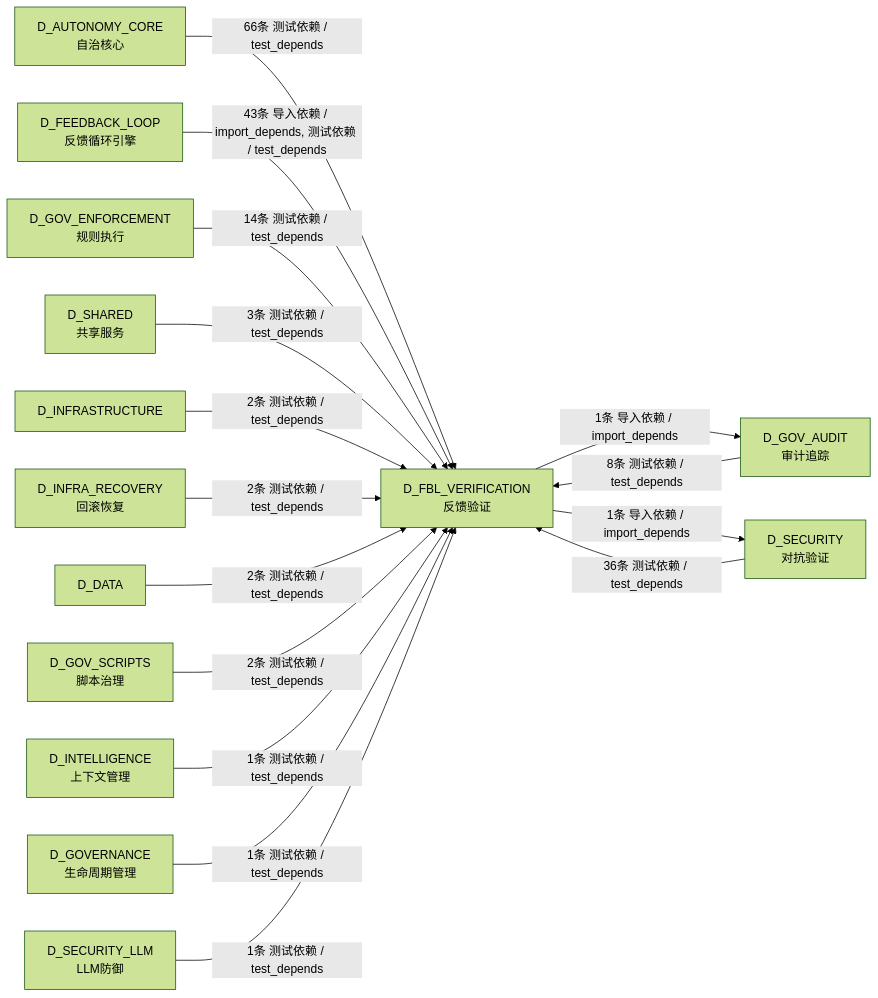
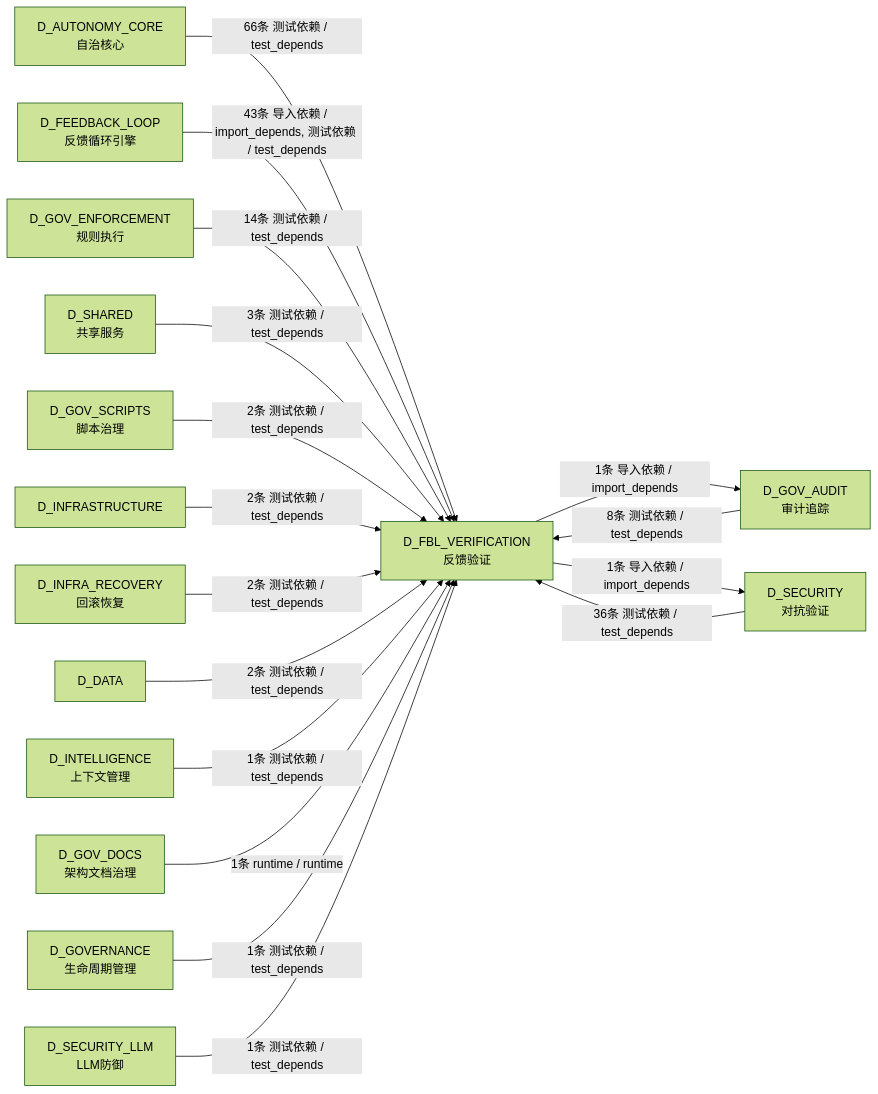
Before and after one commit to xuanFelixVan/ZephyrAlpha: the sixth of 6 diagrams in docs/02_enterprise_architecture/02_domain_architecture_docs/13_d_fbl_verification.md, drawn with Mermaid (forest theme). The commit also changed other lines of this file and 126 other files, not shown here.

````diff
--- a/docs/02_enterprise_architecture/02_domain_architecture_docs/13_d_fbl_verification.md
+++ b/docs/02_enterprise_architecture/02_domain_architecture_docs/13_d_fbl_verification.md
@@ -665,32 +669,34 @@
 ```mermaid
 graph LR
     D_FBL_VERIFICATION["D_FBL_VERIFICATION<br/>反馈验证"]
     D_GOV_AUDIT["D_GOV_AUDIT<br/>审计追踪"]
     D_SECURITY["D_SECURITY<br/>对抗验证"]
     D_AUTONOMY_CORE["D_AUTONOMY_CORE<br/>自治核心"]
     D_FEEDBACK_LOOP["D_FEEDBACK_LOOP<br/>反馈循环引擎"]
     D_GOV_ENFORCEMENT["D_GOV_ENFORCEMENT<br/>规则执行"]
     D_SHARED["D_SHARED<br/>共享服务"]
+    D_GOV_SCRIPTS["D_GOV_SCRIPTS<br/>脚本治理"]
     D_INFRASTRUCTURE["D_INFRASTRUCTURE"]
     D_INFRA_RECOVERY["D_INFRA_RECOVERY<br/>回滚恢复"]
     D_DATA["D_DATA"]
-    D_GOV_SCRIPTS["D_GOV_SCRIPTS<br/>脚本治理"]
     D_INTELLIGENCE["D_INTELLIGENCE<br/>上下文管理"]
+    D_GOV_DOCS["D_GOV_DOCS<br/>架构文档治理"]
     D_GOVERNANCE["D_GOVERNANCE<br/>生命周期管理"]
     D_SECURITY_LLM["D_SECURITY_LLM<br/>LLM防御"]
     D_FBL_VERIFICATION -->|1条 导入依赖 / import_depends| D_GOV_AUDIT
     D_FBL_VERIFICATION -->|1条 导入依赖 / import_depends| D_SECURITY
     D_AUTONOMY_CORE -->|66条 测试依赖 / test_depends| D_FBL_VERIFICATION
     D_FEEDBACK_LOOP -->|43条 导入依赖 / import_depends, 测试依赖 / test_depends| D_FBL_VERIFICATION
     D_SECURITY -->|36条 测试依赖 / test_depends| D_FBL_VERIFICATION
     D_GOV_ENFORCEMENT -->|14条 测试依赖 / test_depends| D_FBL_VERIFICATION
     D_GOV_AUDIT -->|8条 测试依赖 / test_depends| D_FBL_VERIFICATION
     D_SHARED -->|3条 测试依赖 / test_depends| D_FBL_VERIFICATION
+    D_GOV_SCRIPTS -->|2条 测试依赖 / test_depends| D_FBL_VERIFICATION
     D_INFRASTRUCTURE -->|2条 测试依赖 / test_depends| D_FBL_VERIFICATION
     D_INFRA_RECOVERY -->|2条 测试依赖 / test_depends| D_FBL_VERIFICATION
     D_DATA -->|2条 测试依赖 / test_depends| D_FBL_VERIFICATION
-    D_GOV_SCRIPTS -->|2条 测试依赖 / test_depends| D_FBL_VERIFICATION
     D_INTELLIGENCE -->|1条 测试依赖 / test_depends| D_FBL_VERIFICATION
+    D_GOV_DOCS -->|1条 runtime / runtime| D_FBL_VERIFICATION
     D_GOVERNANCE -->|1条 测试依赖 / test_depends| D_FBL_VERIFICATION
     D_SECURITY_LLM -->|1条 测试依赖 / test_depends| D_FBL_VERIFICATION
 ```
````
